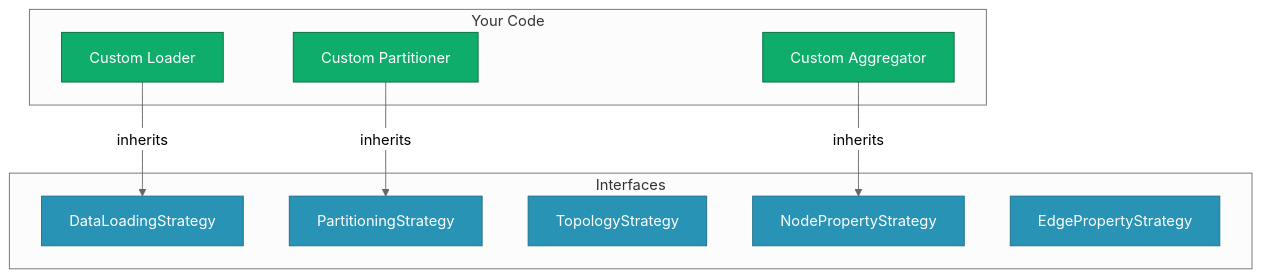
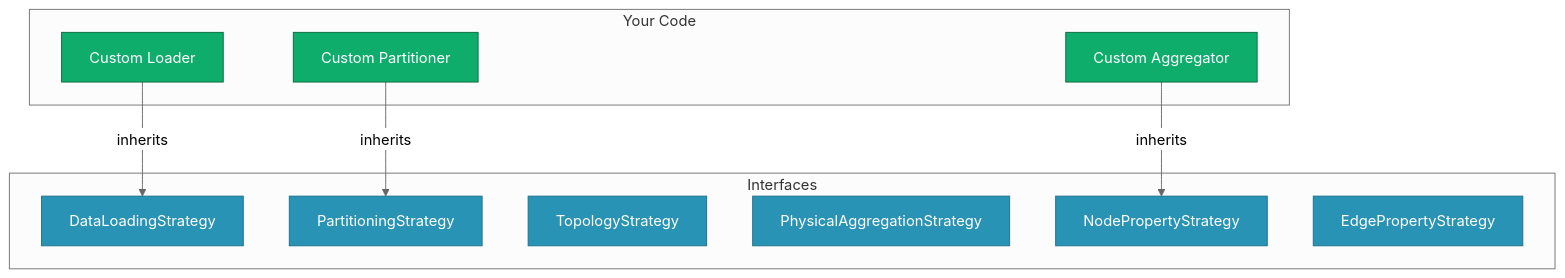
One commit to omari91/NPAP changed the diagram in docs/contributing/extending-npap.md. Above: the diagram before and after it, drawn with Mermaid (neutral theme). The commit also changed other lines of this file and 8 other files, not shown here.

````diff
--- a/docs/contributing/extending-npap.md
+++ b/docs/contributing/extending-npap.md
@@ -7,29 +7,31 @@
 ```{mermaid}
 flowchart TB
     subgraph Interfaces
         DLS[DataLoadingStrategy]
         PS[PartitioningStrategy]
         TS[TopologyStrategy]
+        PAS[PhysicalAggregationStrategy]
         NPS[NodePropertyStrategy]
         EPS[EdgePropertyStrategy]
     end
 
     subgraph Your Code
         CL[Custom Loader]
         CP[Custom Partitioner]
         CA[Custom Aggregator]
     end
 
     CL -->|inherits| DLS
     CP -->|inherits| PS
     CA -->|inherits| NPS
 
     style DLS fill:#2993B5,stroke:#1d6f8a,color:#fff
     style PS fill:#2993B5,stroke:#1d6f8a,color:#fff
     style TS fill:#2993B5,stroke:#1d6f8a,color:#fff
+    style PAS fill:#2993B5,stroke:#1d6f8a,color:#fff
     style NPS fill:#2993B5,stroke:#1d6f8a,color:#fff
     style EPS fill:#2993B5,stroke:#1d6f8a,color:#fff
     style CL fill:#0fad6b,stroke:#076b3f,color:#fff
     style CP fill:#0fad6b,stroke:#076b3f,color:#fff
     style CA fill:#0fad6b,stroke:#076b3f,color:#fff
 ```
````
